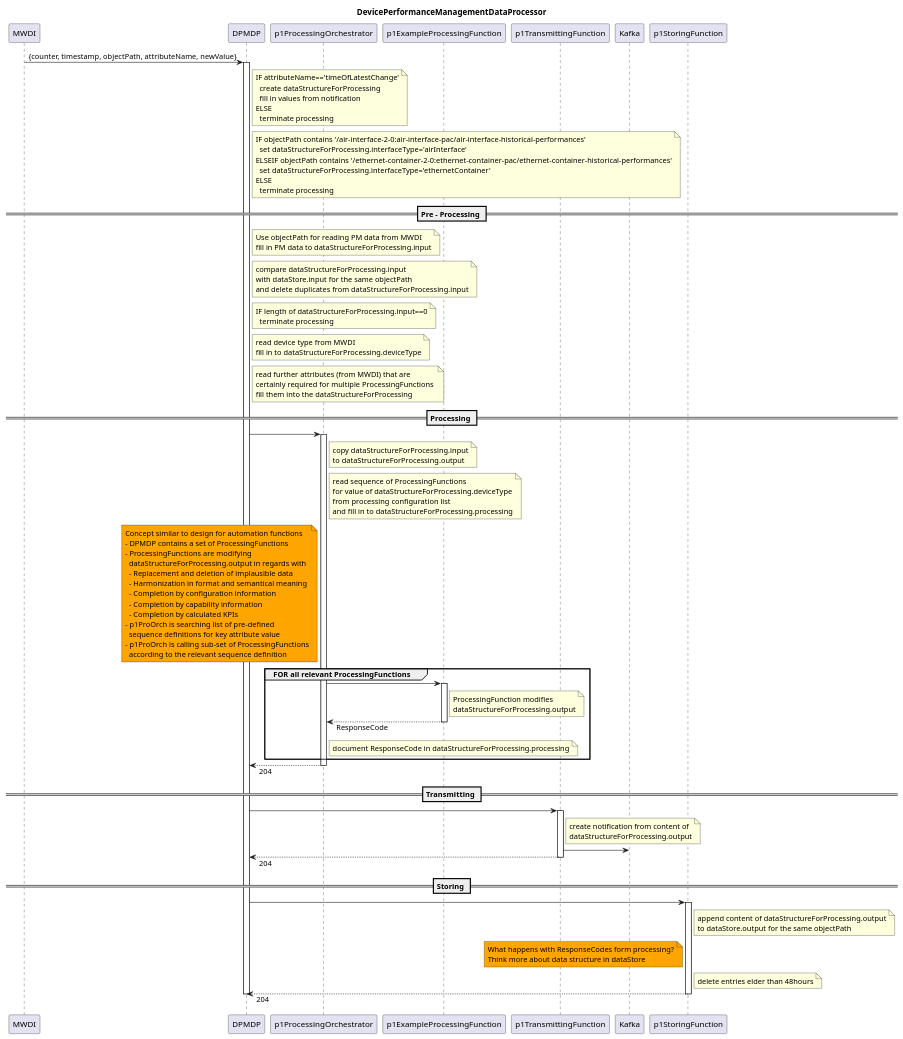
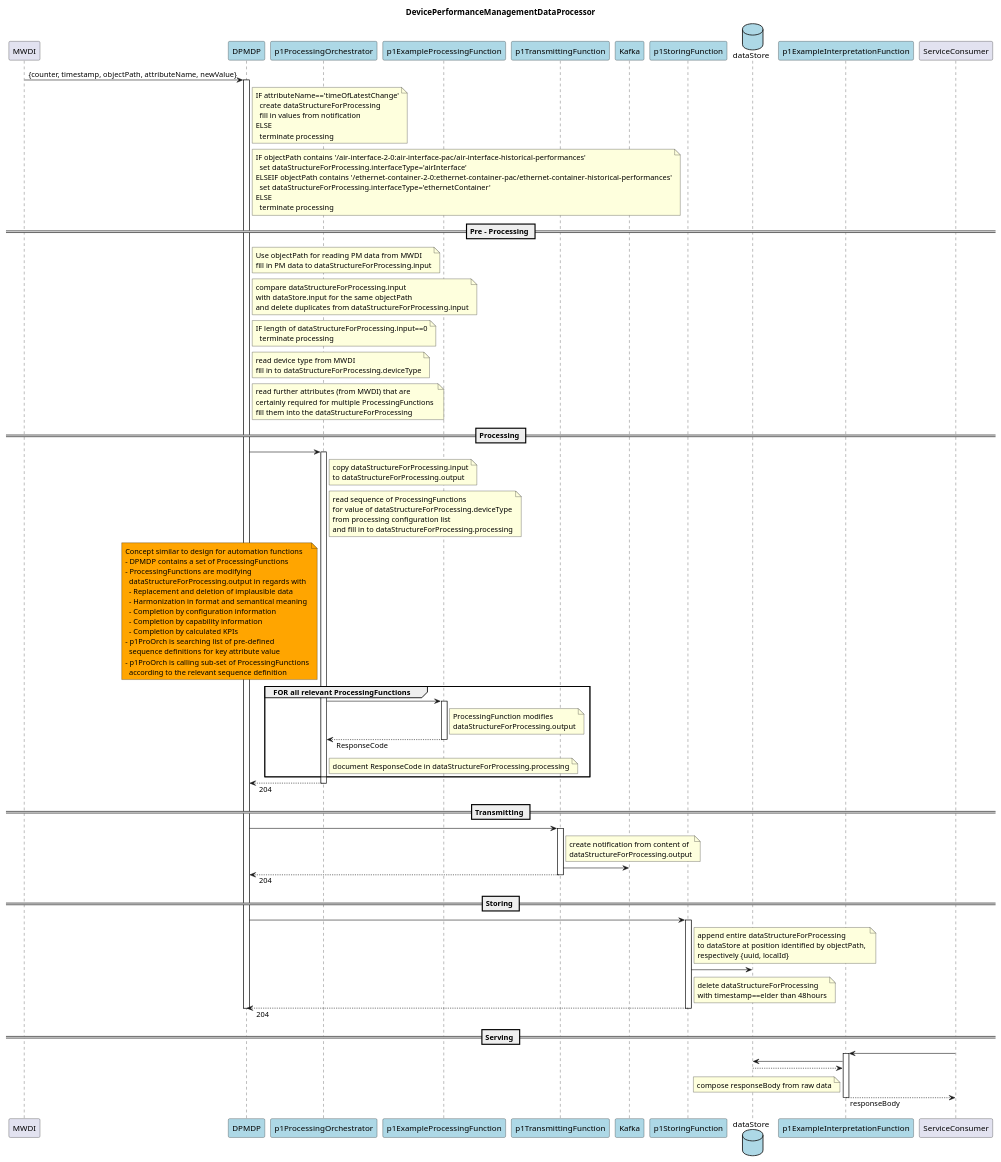
Before and after one commit to openBackhaul/DevicePerformanceManagementDataProcessor: the diagram in spec/diagrams/00_overview.plantuml, drawn with PlantUML. The commit also changed 4 other files, not shown here.

```diff
--- a/spec/diagrams/00_overview.plantuml
+++ b/spec/diagrams/00_overview.plantuml
@@ -1,162 +1,180 @@
 @startuml 00_overview
 skinparam responseMessageBelowArrow true
 
 title
 DevicePerformanceManagementDataProcessor
 end title
 
 participant "MWDI" as mwdi
-participant "DPMDP" as dpmdp
-participant "p1ProcessingOrchestrator" as p1ProOrch
-participant "p1ExampleProcessingFunction" as p1Process
-participant "p1TransmittingFunction" as p1Trans
-participant "Kafka" as kafka
-participant "p1StoringFunction" as p1Store
+participant "DPMDP" as dpmdp #LightBlue
+participant "p1ProcessingOrchestrator" as p1ProOrch #LightBlue
+participant "p1ExampleProcessingFunction" as p1Process #LightBlue
+participant "p1TransmittingFunction" as p1Trans #LightBlue
+participant "Kafka" as kafka #LightBlue
+participant "p1StoringFunction" as p1Store #LightBlue
+database "dataStore" as db #LightBlue
+participant "p1ExampleInterpretationFunction" as p1Interpret #LightBlue
+participant "ServiceConsumer" as consumer
 
 mwdi -> dpmdp : {counter, timestamp, objectPath, attributeName, newValue}
 activate dpmdp
 
 note right dpmdp
   IF attributeName=='timeOfLatestChange'
     create dataStructureForProcessing
     fill in values from notification
   ELSE
     terminate processing
 end note
 
 note right dpmdp
   IF objectPath contains '/air-interface-2-0:air-interface-pac/air-interface-historical-performances'
     set dataStructureForProcessing.interfaceType='airInterface'
   ELSEIF objectPath contains '/ethernet-container-2-0:ethernet-container-pac/ethernet-container-historical-performances'
     set dataStructureForProcessing.interfaceType='ethernetContainer'
   ELSE
     terminate processing
 end note
 
 
 == Pre - Processing ==
 
 note right dpmdp
   Use objectPath for reading PM data from MWDI
   fill in PM data to dataStructureForProcessing.input
 end note
 
 note right dpmdp
   compare dataStructureForProcessing.input
   with dataStore.input for the same objectPath
   and delete duplicates from dataStructureForProcessing.input
 end note
 
 note right dpmdp
   IF length of dataStructureForProcessing.input==0
     terminate processing
 end note
 
 note right dpmdp
   read device type from MWDI
   fill in to dataStructureForProcessing.deviceType
 end note
 
 note right dpmdp
   read further attributes (from MWDI) that are
   certainly required for multiple ProcessingFunctions 
   fill them into the dataStructureForProcessing
 end note
 
 
 == Processing ==
 
 dpmdp -> p1ProOrch
 activate p1ProOrch
 
 note right p1ProOrch
   copy dataStructureForProcessing.input
   to dataStructureForProcessing.output
 end note
 
 note right p1ProOrch
   read sequence of ProcessingFunctions
   for value of dataStructureForProcessing.deviceType
   from processing configuration list
   and fill in to dataStructureForProcessing.processing
 end note
 
 note left p1ProOrch #Orange
   Concept similar to design for automation functions
   - DPMDP contains a set of ProcessingFunctions
   - ProcessingFunctions are modifying
     dataStructureForProcessing.output in regards with
     - Replacement and deletion of implausible data
     - Harmonization in format and semantical meaning
     - Completion by configuration information
     - Completion by capability information
     - Completion by calculated KPIs
   - p1ProOrch is searching list of pre-defined
     sequence definitions for key attribute value
   - p1ProOrch is calling sub-set of ProcessingFunctions
     according to the relevant sequence definition
 end note
 
 group FOR all relevant ProcessingFunctions
 
   p1ProOrch -> p1Process
     activate p1Process
     note right p1Process
       ProcessingFunction modifies
       dataStructureForProcessing.output
     end note
   p1ProOrch <-- p1Process : ResponseCode
   deactivate p1Process
 
   note right p1ProOrch
     document ResponseCode in dataStructureForProcessing.processing
   end note
 
 end
 
 dpmdp <-- p1ProOrch : 204
 deactivate p1ProOrch
 
 
 == Transmitting ==
 
 dpmdp -> p1Trans
 activate p1Trans
 
 note right p1Trans
   create notification from content of
   dataStructureForProcessing.output
 end note
 
 p1Trans -> kafka
 
 dpmdp <-- p1Trans : 204
 deactivate p1Trans
 
 
 == Storing ==
 
 dpmdp -> p1Store
 activate p1Store
 
 note right p1Store
-  append content of dataStructureForProcessing.output
-  to dataStore.output for the same objectPath
+  append entire dataStructureForProcessing
+  to dataStore at position identified by objectPath, 
+  respectively {uuid, localId}
 end note
 
-note left p1Store #Orange
-  What happens with ResponseCodes form processing?
-  Think more about data structure in dataStore
-end note
+p1Store -> db
 
 note right p1Store
-  delete entries elder than 48hours
+  delete dataStructureForProcessing 
+  with timestamp==elder than 48hours
 end note
 
 dpmdp <-- p1Store : 204
 deactivate p1Store
 
-
 deactivate dpmdp
 
+
+== Serving ==
+
+consumer -> p1Interpret
+activate p1Interpret
+
+p1Interpret -> db
+p1Interpret <-- db
+
+note left p1Interpret
+  compose responseBody from raw data
+end note
+
+consumer <-- p1Interpret : responseBody
+deactivate p1Interpret
+
+
 @enduml
```
